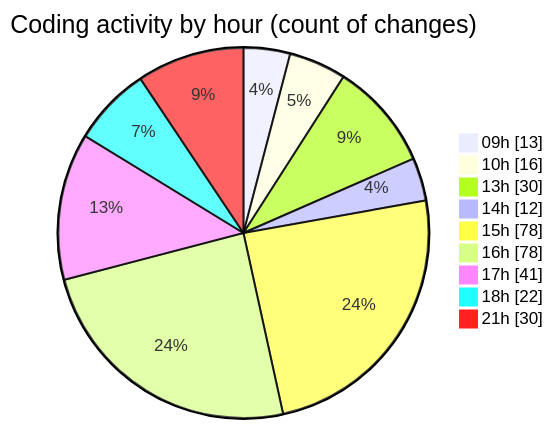
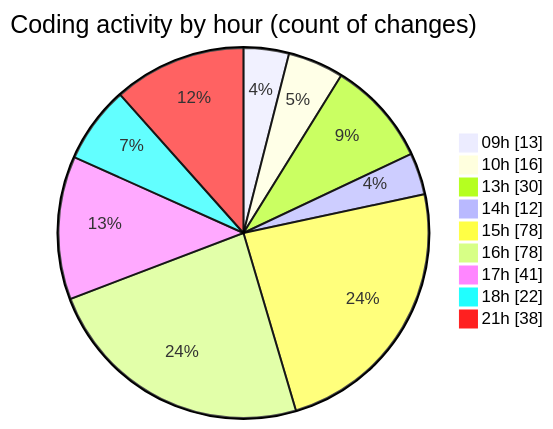
The second of 2 diagrams in 2025-03-31/cda/README.md (momahboobian/code-tracking), drawn with Mermaid before and after one commit. The commit also changed other lines of this file and 1 other file, not shown here.

````diff
--- a/2025-03-31/cda/README.md
+++ b/2025-03-31/cda/README.md
@@ -50,13 +50,13 @@
 ```mermaid
 pie showData
 title Coding activity by hour (count of changes)
 "09h" : 13
 "10h" : 16
 "13h" : 30
 "14h" : 12
 "15h" : 78
 "16h" : 78
 "17h" : 41
 "18h" : 22
-"21h" : 30
+"21h" : 38
 ```
````
